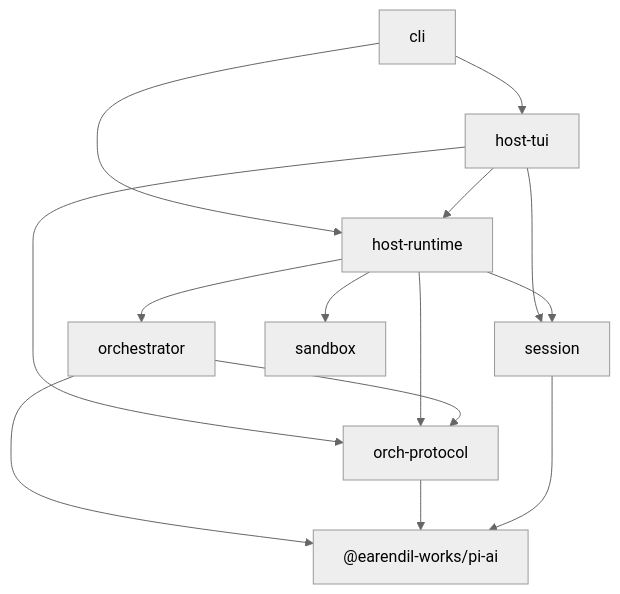
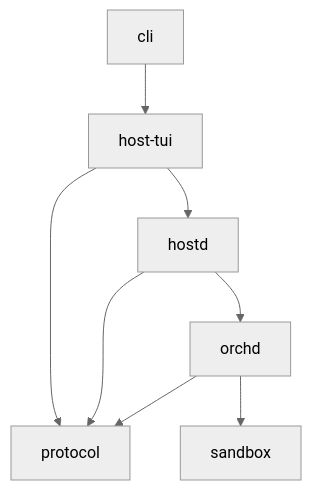
Before and after one commit to biuld/piko: the second of 2 diagrams in README.md, drawn with Mermaid (neutral theme). The commit also changed other lines of this file and 46 other files, not shown here.

````diff
--- a/README.md
+++ b/README.md
@@ -115,25 +66,17 @@
 ```mermaid
 graph TD
-  pi_ai["@earendil-works/pi-ai"]
-  protocol["orch-protocol"]
-  orchestrator["orchestrator"]
-  session["session"]
-  host_runtime["host-runtime"]
+  protocol["protocol"]
+  hostd["hostd"]
+  orchd["orchd"]
   host_tui["host-tui"]
   cli["cli"]
   sandbox["sandbox"]
 
-  cli --> host_runtime
   cli --> host_tui
-  host_tui --> host_runtime
   host_tui --> protocol
-  host_tui --> session
-  host_runtime --> orchestrator
-  host_runtime --> protocol
-  host_runtime --> session
-  orchestrator --> protocol
-  orchestrator --> pi_ai
-  host_runtime --> sandbox
-  protocol --> pi_ai
-  session --> pi_ai
+  host_tui --> hostd
+  hostd --> protocol
+  hostd --> orchd
+  orchd --> protocol
+  orchd --> sandbox
 ```
````
